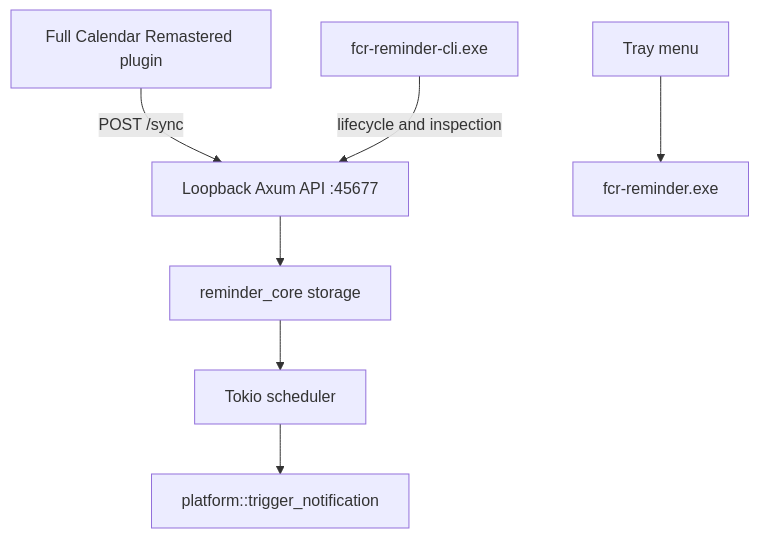
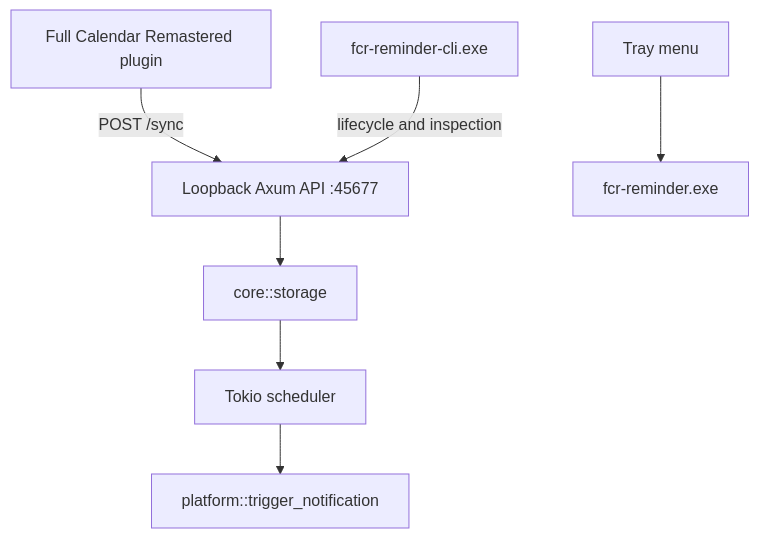
The diagram in docs/architecture/architecture.md (obsidian-full-calendar-remastered/FCR-Reminder), drawn with Mermaid before and after one commit. The commit also changed other lines of this file and 37 other files, not shown here.

````diff
--- a/docs/architecture/architecture.md
+++ b/docs/architecture/architecture.md
@@ -47,9 +48,9 @@
 ```mermaid
 graph TD
     Host[Full Calendar Remastered plugin] -->|POST /sync| Api[Loopback Axum API :45677]
-    Api --> Store[reminder_core storage]
+    Api --> Store[core::storage]
     Store --> Scheduler[Tokio scheduler]
     Scheduler --> Notify[platform::trigger_notification]
     Tray[Tray menu] --> Daemon[fcr-reminder.exe]
     Cli[fcr-reminder-cli.exe] -->|lifecycle and inspection| Api
 ```
````
